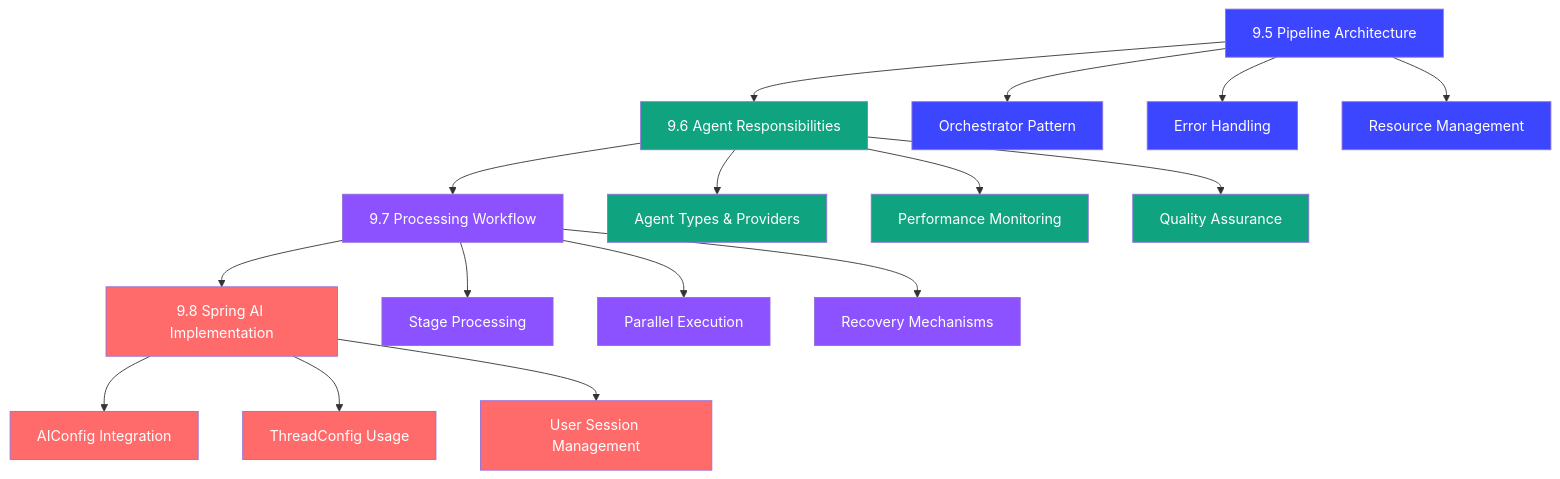
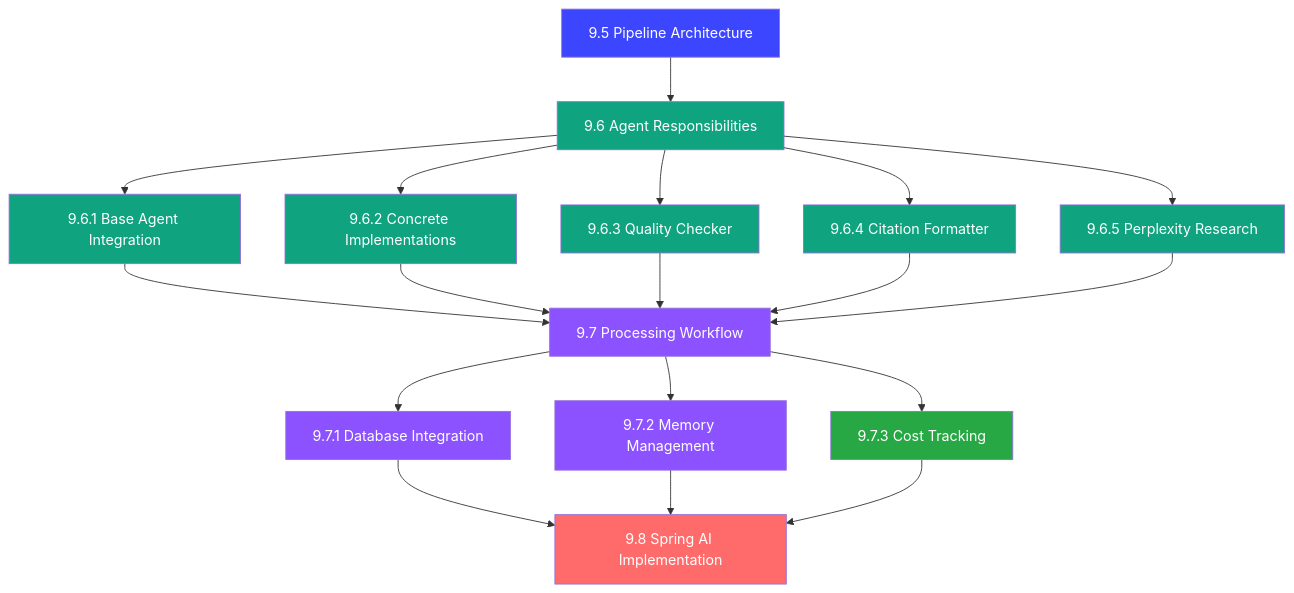
One commit to ToanPV90/answer42 changed the diagram in docs/multi-agent-pipeline-design/README.md. Above: the diagram before and after it, drawn with Mermaid. The commit also changed other lines of this file, not shown here.

First line of the commit message:
docs: Update multi-agent pipeline README to reflect complete documentation structure

````diff
--- a/docs/multi-agent-pipeline-design/README.md
+++ b/docs/multi-agent-pipeline-design/README.md
@@ -85,32 +158,35 @@
 ```mermaid
 flowchart TD
     A[9.5 Pipeline Architecture] --> B[9.6 Agent Responsibilities]
-    B --> C[9.7 Processing Workflow]
-    C --> D[9.8 Spring AI Implementation]
-    
-    A --> A1[Orchestrator Pattern]
-    A --> A2[Error Handling]
-    A --> A3[Resource Management]
-    
-    B --> B1[Agent Types & Providers]
-    B --> B2[Performance Monitoring]
-    B --> B3[Quality Assurance]
-    
-    C --> C1[Stage Processing]
-    C --> C2[Parallel Execution]
-    C --> C3[Recovery Mechanisms]
-    
-    D --> D1[AIConfig Integration]
-    D --> D2[ThreadConfig Usage]
-    D --> D3[User Session Management]
-    
+    B --> B1[9.6.1 Base Agent Integration]
+    B --> B2[9.6.2 Concrete Implementations]
+    B --> B3[9.6.3 Quality Checker]
+    B --> B4[9.6.4 Citation Formatter]
+    B --> B5[9.6.5 Perplexity Research]
+
+    B1 --> C[9.7 Processing Workflow]
+    B2 --> C
+    B3 --> C
+    B4 --> C
+    B5 --> C
+
+    C --> C1[9.7.1 Database Integration]
+    C --> C2[9.7.2 Memory Management]
+    C --> C3[9.7.3 Cost Tracking]
+
+    C1 --> D[9.8 Spring AI Implementation]
+    C2 --> D
+    C3 --> D
+
     classDef architecture fill:#3C46FF,color:white;
     classDef agents fill:#10A37F,color:white;
     classDef workflow fill:#8c52ff,color:white;
     classDef implementation fill:#FF6B6B,color:white;
-    
-    class A,A1,A2,A3 architecture;
-    class B,B1,B2,B3 agents;
+    classDef completed fill:#28a745,color:white;
+
+    class A architecture;
+    class B,B1,B2,B3,B4,B5 agents;
     class C,C1,C2,C3 workflow;
-    class D,D1,D2,D3 implementation;
+    class D implementation;
+    class C3 completed;
 ```
````
